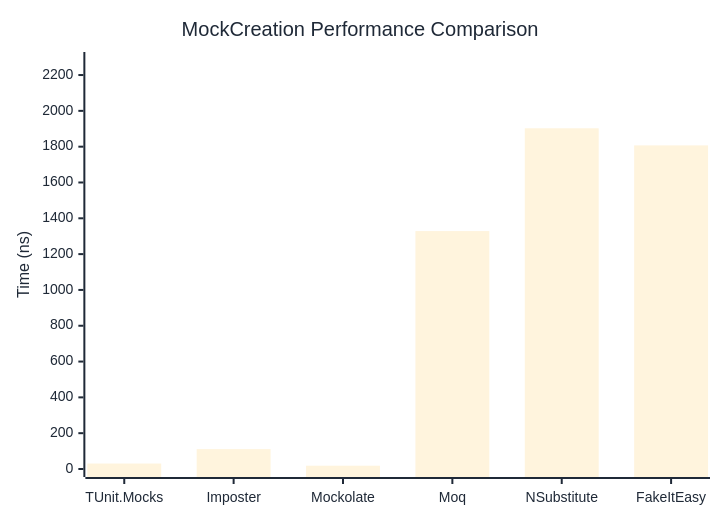
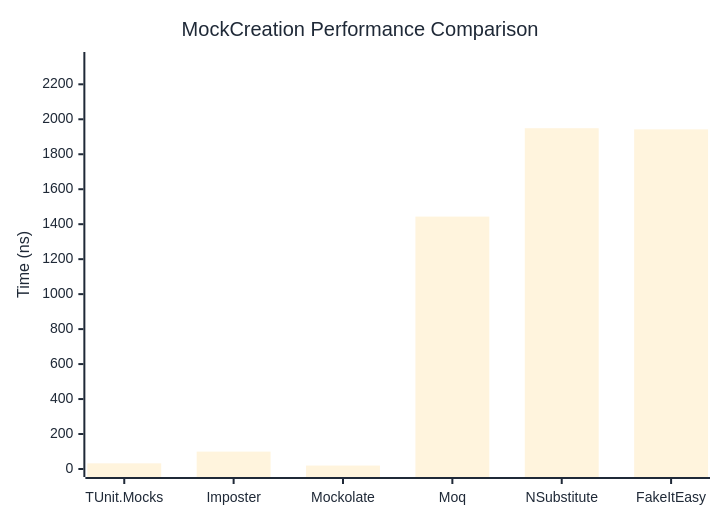
Before and after one commit to thomhurst/TUnit: the first of 2 diagrams in docs/docs/benchmarks/mocks/MockCreation.md, drawn with Mermaid. The commit also changed other lines of this file and 14 other files, not shown here.

````diff
--- a/docs/docs/benchmarks/mocks/MockCreation.md
+++ b/docs/docs/benchmarks/mocks/MockCreation.md
@@ -30,27 +30,27 @@
 ```mermaid
 %%{init: {
   'theme':'base',
   'themeVariables': {
     'primaryColor': '#2563eb',
     'primaryTextColor': '#1f2937',
     'primaryBorderColor': '#1e40af',
     'lineColor': '#6b7280',
     'secondaryColor': '#7c3aed',
     'tertiaryColor': '#dc2626',
     'background': '#ffffff',
     'pie1': '#2563eb',
     'pie2': '#7c3aed',
     'pie3': '#dc2626',
     'pie4': '#f59e0b',
     'pie5': '#10b981',
     'pie6': '#06b6d4',
     'pie7': '#ec4899',
     'pie8': '#6366f1'
   }
 }}%%
 xychart-beta
   title "MockCreation Performance Comparison"
   x-axis ["TUnit.Mocks", "Imposter", "Mockolate", "Moq", "NSubstitute", "FakeItEasy"]
-  y-axis "Time (ns)" 0 --> 2284
-  bar [30.49, 111.17, 18.4, 1328.63, 1902.74, 1807.12]
+  y-axis "Time (ns)" 0 --> 2339
+  bar [32.47, 99.45, 19.67, 1443.47, 1948.93, 1942.38]
 ```
````
